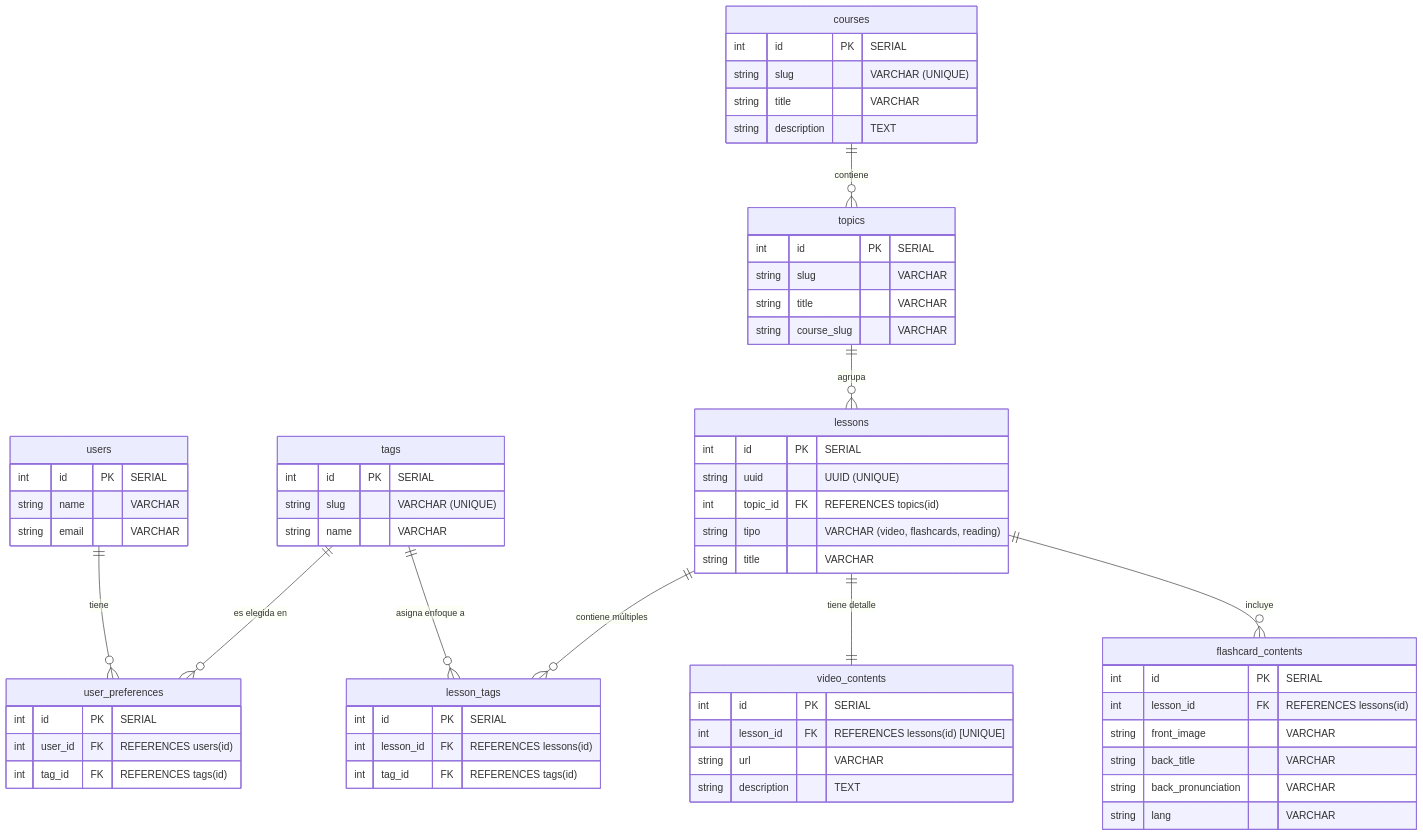
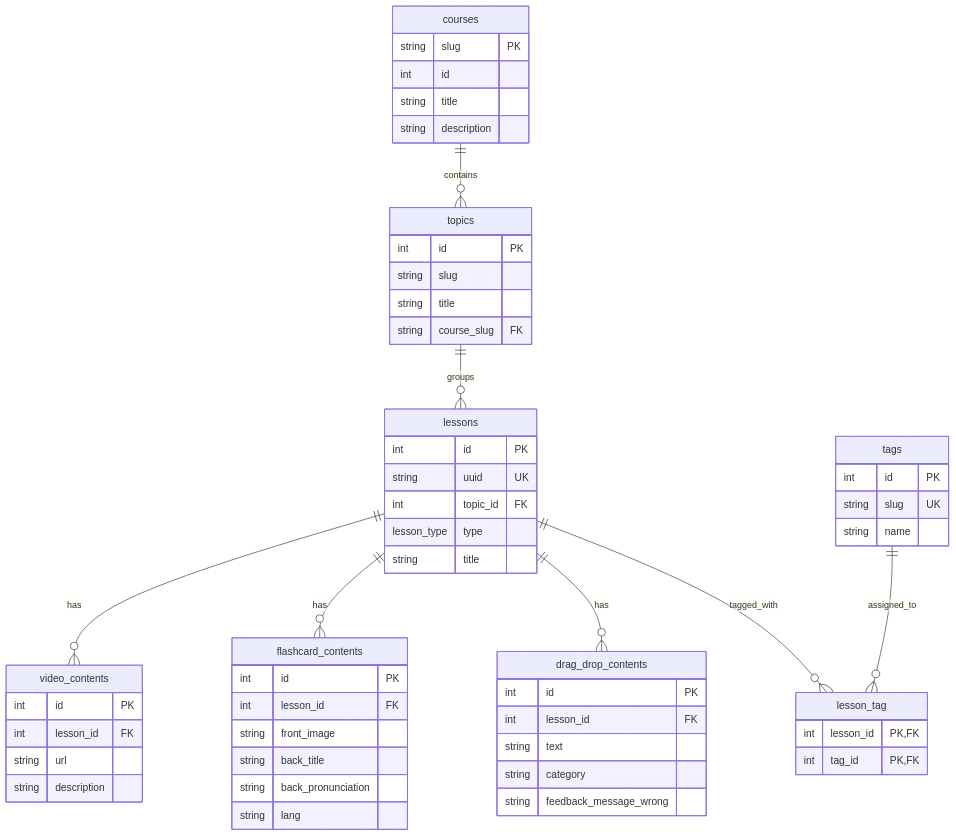
Before and after one commit to maltl00r/malttalk: the diagram in README.md, drawn with Mermaid. The commit also changed other lines of this file and 13 other files, not shown here.

````diff
--- a/README.md
+++ b/README.md
@@ -8,73 +39,67 @@
 ```mermaid
 erDiagram
-    users ||--o{ user_preferences : "tiene"
-    tags ||--o{ user_preferences : "es elegida en"
-    tags ||--o{ lesson_tags : "asigna enfoque a"
-    lessons ||--o{ lesson_tags : "contiene múltiples"
-    topics ||--o{ lessons : "agrupa"
-    courses ||--o{ topics : "contiene"
-    lessons ||--|| video_contents : "tiene detalle"
-    lessons ||--o{ flashcard_contents : "incluye"
+    courses ||--o{ topics : contains
+    topics ||--o{ lessons : groups
+    lessons ||--o{ video_contents : has
+    lessons ||--o{ flashcard_contents : has
+    lessons ||--o{ drag_drop_contents : has
+    lessons ||--o{ lesson_tag : tagged_with
+    tags ||--o{ lesson_tag : assigned_to
 
-    users {
-        int id PK "SERIAL"
-        string name "VARCHAR"
-        string email "VARCHAR"
+    courses {
+        string slug PK
+        int id
+        string title
+        string description
     }
 
-    user_preferences {
-        int id PK "SERIAL"
-        int user_id FK "REFERENCES users(id)"
-        int tag_id FK "REFERENCES tags(id)"
+    topics {
+        int id PK
+        string slug
+        string title
+        string course_slug FK
+    }
+
+    lessons {
+        int id PK
+        string uuid UK
+        int topic_id FK
+        lesson_type type
+        string title
+    }
+
+    video_contents {
+        int id PK
+        int lesson_id FK
+        string url
+        string description
+    }
+
+    flashcard_contents {
+        int id PK
+        int lesson_id FK
+        string front_image
+        string back_title
+        string back_pronunciation
+        string lang
+    }
+
+    drag_drop_contents {
+        int id PK
+        int lesson_id FK
+        string text
+        string category
+        string feedback_message_wrong
     }
 
     tags {
-        int id PK "SERIAL"
-        string slug "VARCHAR (UNIQUE)"
-        string name "VARCHAR"
+        int id PK
+        string slug UK
+        string name
     }
 
-    courses {
-        int id PK "SERIAL"
-        string slug "VARCHAR (UNIQUE)"
-        string title "VARCHAR"
-        string description "TEXT"
-    }
-
-    topics {
-        int id PK "SERIAL"
-        string slug "VARCHAR"
-        string title "VARCHAR"
-        string course_slug "VARCHAR"
-    }
-
-    lessons {
-        int id PK "SERIAL"
-        string uuid "UUID (UNIQUE)"
-        int topic_id FK "REFERENCES topics(id)"
-        string tipo "VARCHAR (video, flashcards, reading)"
-        string title "VARCHAR"
-    }
-
-    lesson_tags {
-        int id PK "SERIAL"
-        int lesson_id FK "REFERENCES lessons(id)"
-        int tag_id FK "REFERENCES tags(id)"
-    }
-
-    video_contents {
-        int id PK "SERIAL"
-        int lesson_id FK "REFERENCES lessons(id) [UNIQUE]"
-        string url "VARCHAR"
-        string description "TEXT"
-    }
-
-    flashcard_contents {
-        int id PK "SERIAL"
-        int lesson_id FK "REFERENCES lessons(id)"
-        string front_image "VARCHAR"
-        string back_title "VARCHAR"
-        string back_pronunciation "VARCHAR"
-        string lang "VARCHAR"
+    lesson_tag {
+        int lesson_id PK, FK
+        int tag_id PK, FK
     }
 ```
````
